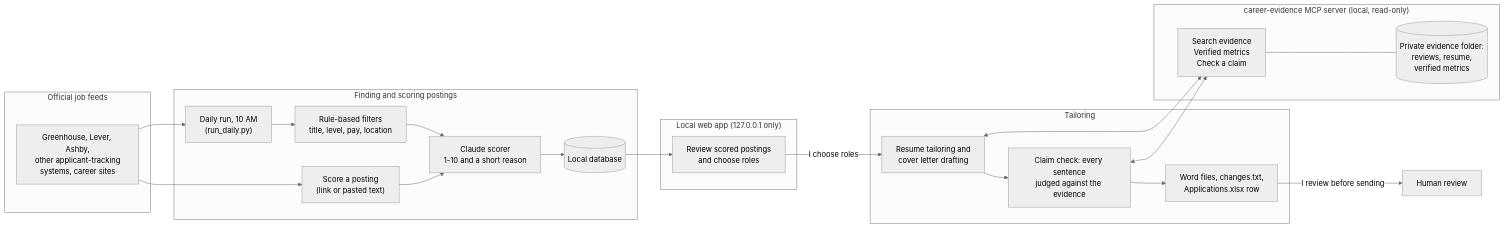
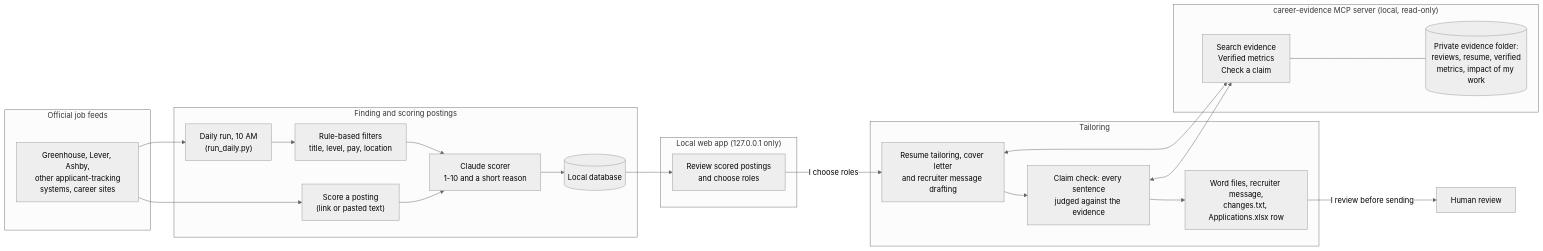
The diagram in README.md (deepafelixgit/job-search-agent), drawn with Mermaid (neutral theme) before and after one commit. The commit also changed other lines of this file and 14 other files, not shown here.

````diff
--- a/README.md
+++ b/README.md
@@ -11,39 +12,39 @@
 ```mermaid
 flowchart LR
     subgraph Sources["Official job feeds"]
         F["Greenhouse, Lever, Ashby,<br/>other applicant-tracking<br/>systems, career sites"]
     end
 
     subgraph Scoring["Finding and scoring postings"]
         D["Daily run, 10 AM<br/>(run_daily.py)"]
         R["Rule-based filters<br/>title, level, pay, location"]
         M["Score a posting<br/>(link or pasted text)"]
         S["Claude scorer<br/>1-10 and a short reason"]
         DB[("Local database")]
     end
 
     subgraph App["Local web app (127.0.0.1 only)"]
         W["Review scored postings<br/>and choose roles"]
     end
 
     subgraph Writing["Tailoring"]
-        T["Resume tailoring and<br/>cover letter drafting"]
+        T["Resume tailoring, cover letter<br/>and recruiter message drafting"]
         C["Claim check: every sentence<br/>judged against the evidence"]
-        O["Word files, changes.txt,<br/>Applications.xlsx row"]
+        O["Word files, recruiter message,<br/>changes.txt, Applications.xlsx row"]
     end
 
     subgraph MCP["career-evidence MCP server (local, read-only)"]
         E["Search evidence<br/>Verified metrics<br/>Check a claim"]
-        V[("Private evidence folder:<br/>reviews, resume,<br/>verified metrics")]
+        V[("Private evidence folder:<br/>reviews, resume, verified<br/>metrics, impact of my work")]
     end
 
     F --> D --> R --> S --> DB
     F --> M --> S
     DB --> W
     W -->|"I choose roles"| T
     T <--> E
     E --- V
     T --> C --> O
     C <--> E
     O -->|"I review before sending"| H["Human review"]
 ```
````
